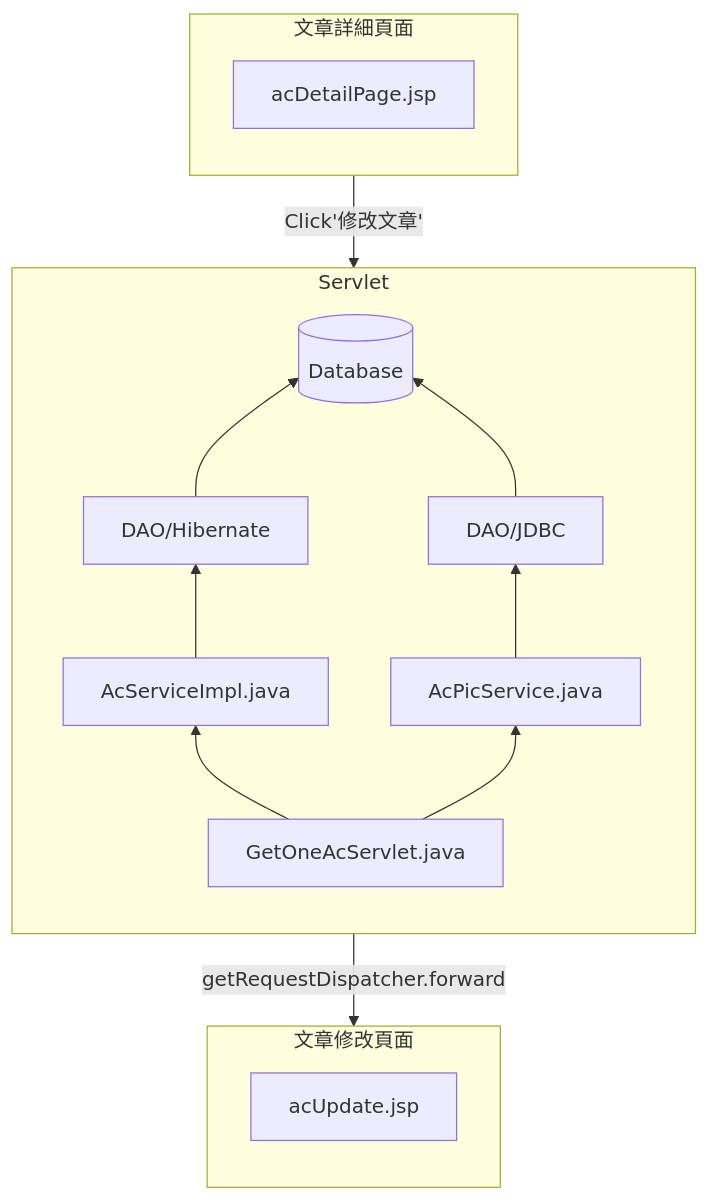
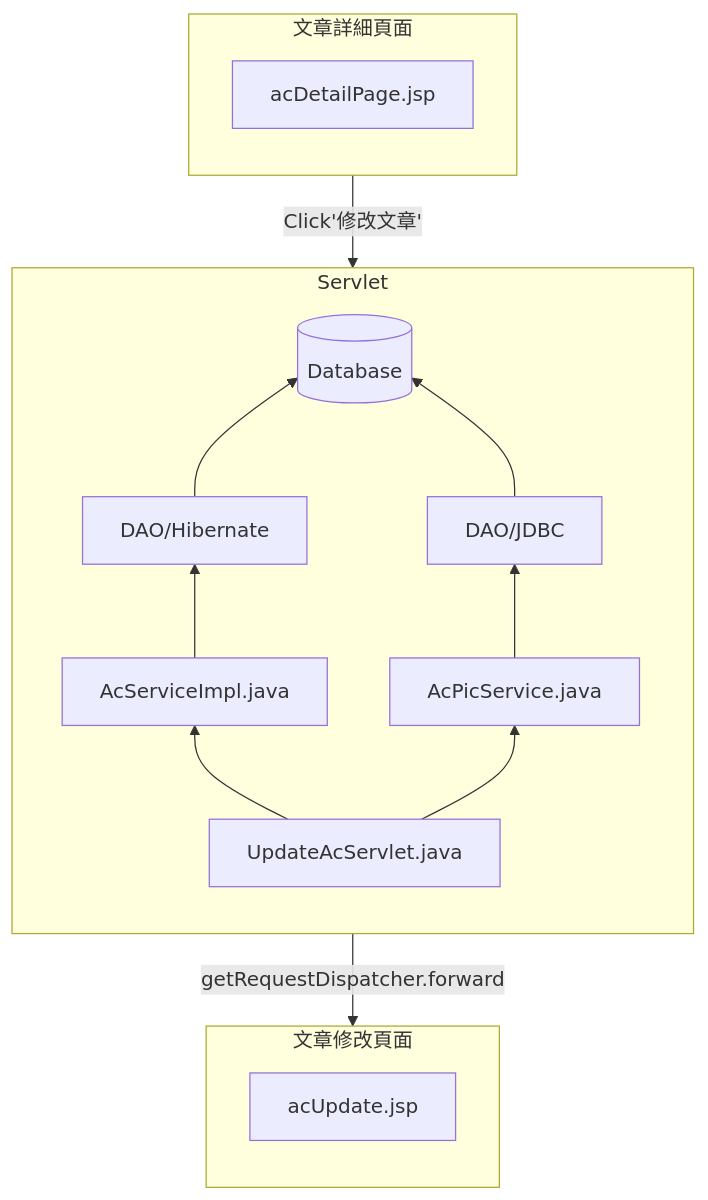
One commit to TLexYuW/CGA103G1OwnPart changed diagram 12 of 12 in README.md. Above: the diagram before and after it, drawn with Mermaid.

Commit message:
LexVaultBackup: 2022-09-12 22:13:36
Affected files:
README.md

````diff
--- a/README.md
+++ b/README.md
@@ -290,27 +290,27 @@
 ```mermaid
 graph TB
 	subgraph Servlet
 	direction BT
-	GOAS[GetOneAcServlet.java] --> ASI[AcServiceImpl.java] 
+	UAS[UpdateAcServlet.java] --> ASI[AcServiceImpl.java] 
 	--> H[DAO/Hibernate] --> DB[(Database)]
 	end
 	
 	subgraph Servlet
 	direction BT
-	GOAS[GetOneAcServlet.java] --> APS[AcPicService.java] 
+	UAS[UpdateAcServlet.java] --> APS[AcPicService.java] 
 	--> DAO[DAO/JDBC] --> DB[(Database)]
 	end
 	
 	subgraph 文章修改頁面
 	direction BT
 	acU[acUpdate.jsp]
 	end
 	
 	subgraph 文章詳細頁面
 	direction BT
 	acDP[acDetailPage.jsp]
 	end
 	
-	acDP -->|Click'修改文章'| GOAS
-	GOAS -->|getRequestDispatcher.forward| acU
+	acDP -->|Click'修改文章'| UAS
+	UAS -->|getRequestDispatcher.forward| acU
 ```
````
